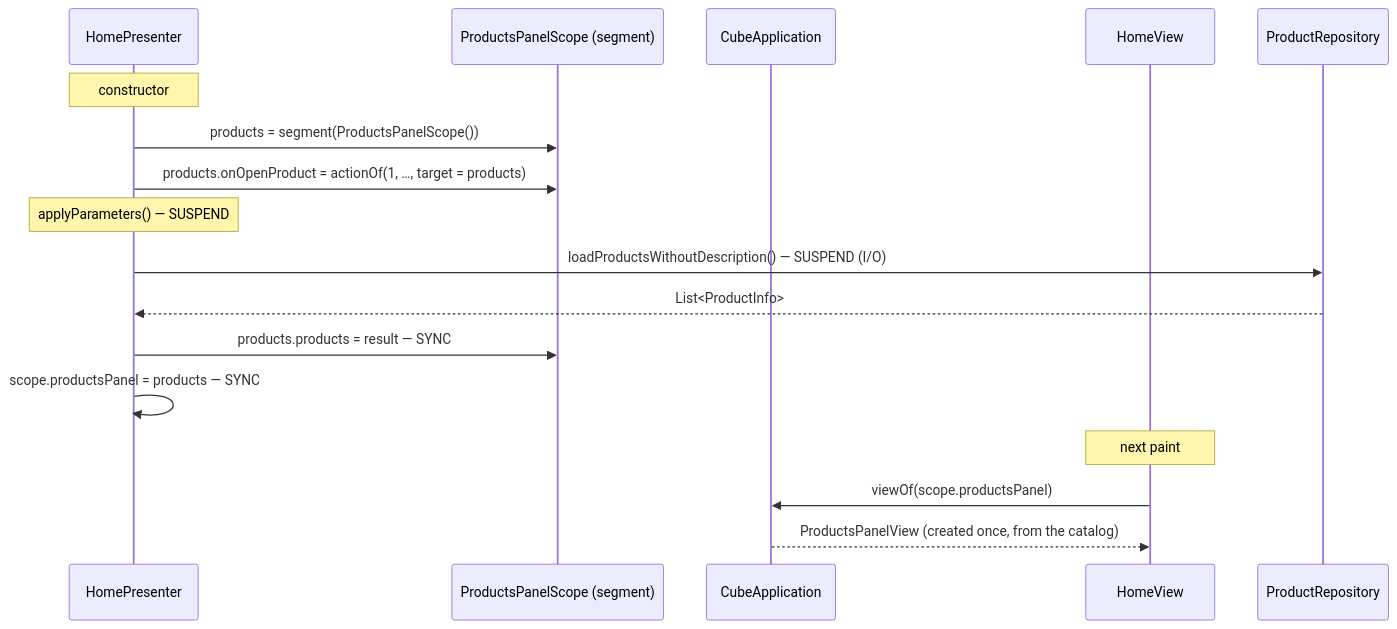
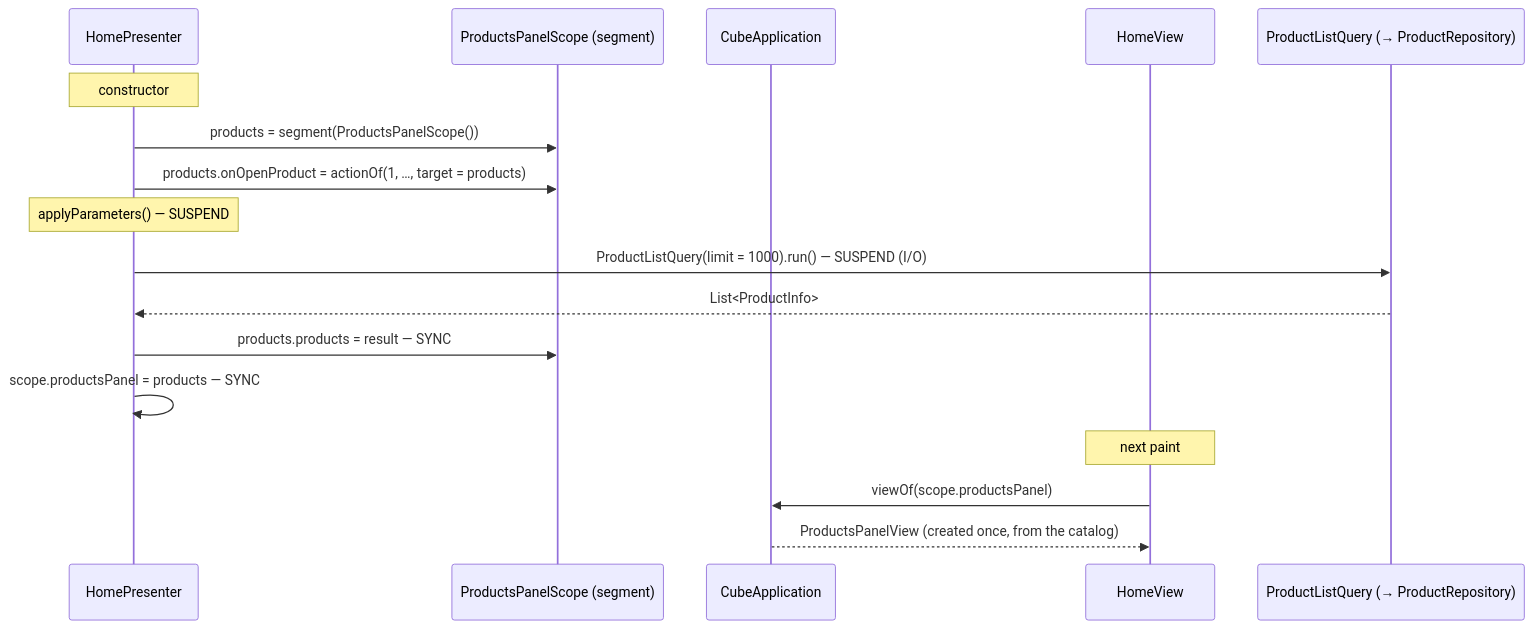
Before and after one commit to mrcdom/wdc-cube-kotlin: diagram 15 of 19 in docs/architecture-cube.md, drawn with Mermaid. The commit also changed other lines of this file and 35 other files, not shown here.

````diff
--- a/docs/architecture-cube.md
+++ b/docs/architecture-cube.md
@@ -985,22 +994,22 @@
 ```mermaid
 sequenceDiagram
     participant Home as HomePresenter
     participant Seg as ProductsPanelScope (segment)
     participant App as CubeApplication
     participant View as HomeView
-    participant Repo as ProductRepository
+    participant Repo as ProductListQuery (→ ProductRepository)
 
     Note over Home: constructor
     Home->>Seg: products = segment(ProductsPanelScope())
     Home->>Seg: products.onOpenProduct = actionOf(1, …, target = products)
 
     Note over Home: applyParameters() — SUSPEND
-    Home->>Repo: loadProductsWithoutDescription() — SUSPEND (I/O)
+    Home->>Repo: ProductListQuery(limit = 1000).run() — SUSPEND (I/O)
     Repo-->>Home: List<ProductInfo>
     Home->>Seg: products.products = result — SYNC
     Home->>Home: scope.productsPanel = products — SYNC
 
     Note over View: next paint
     View->>App: viewOf(scope.productsPanel)
     App-->>View: ProductsPanelView (created once, from the catalog)
 ```
````
